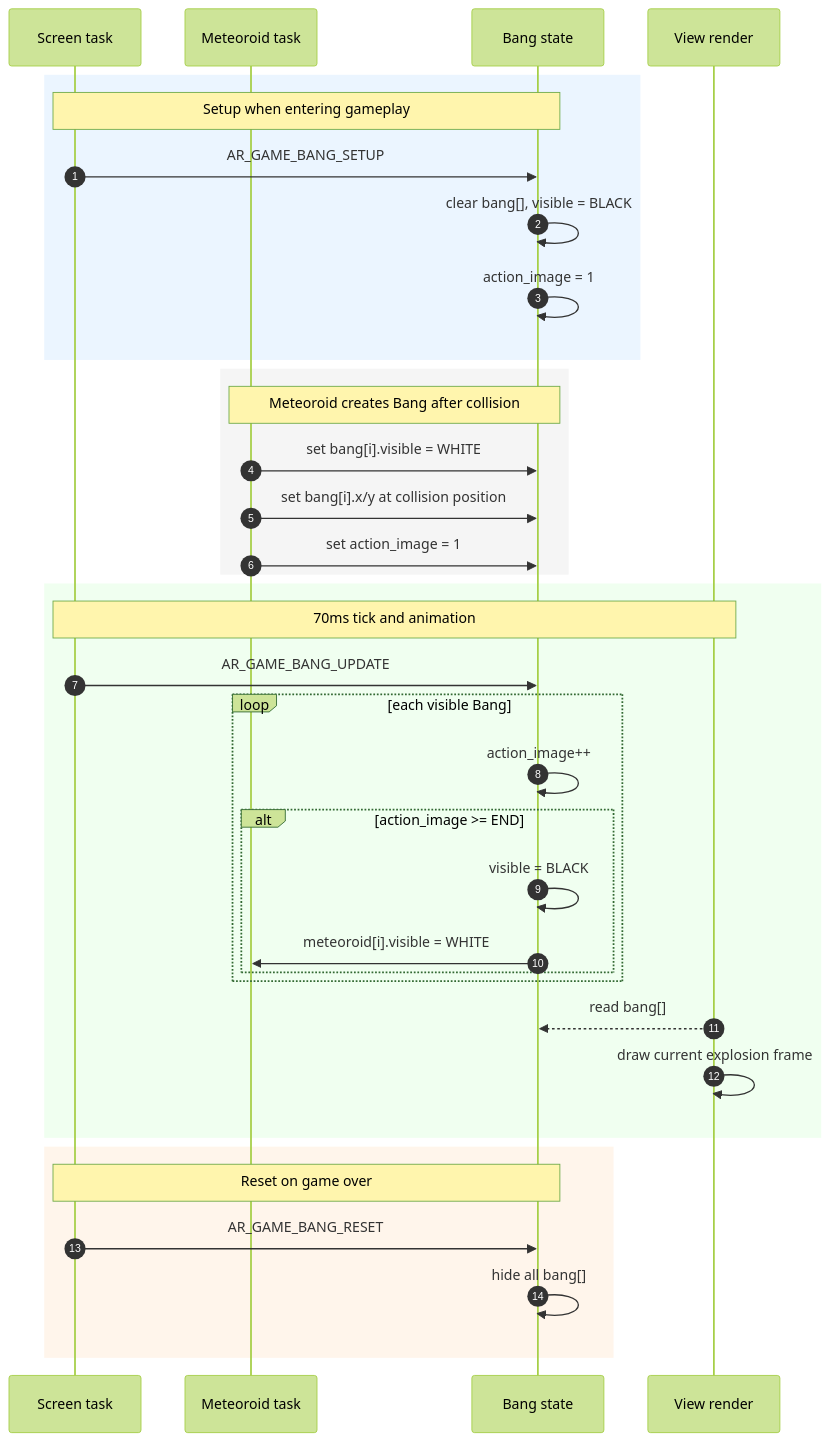
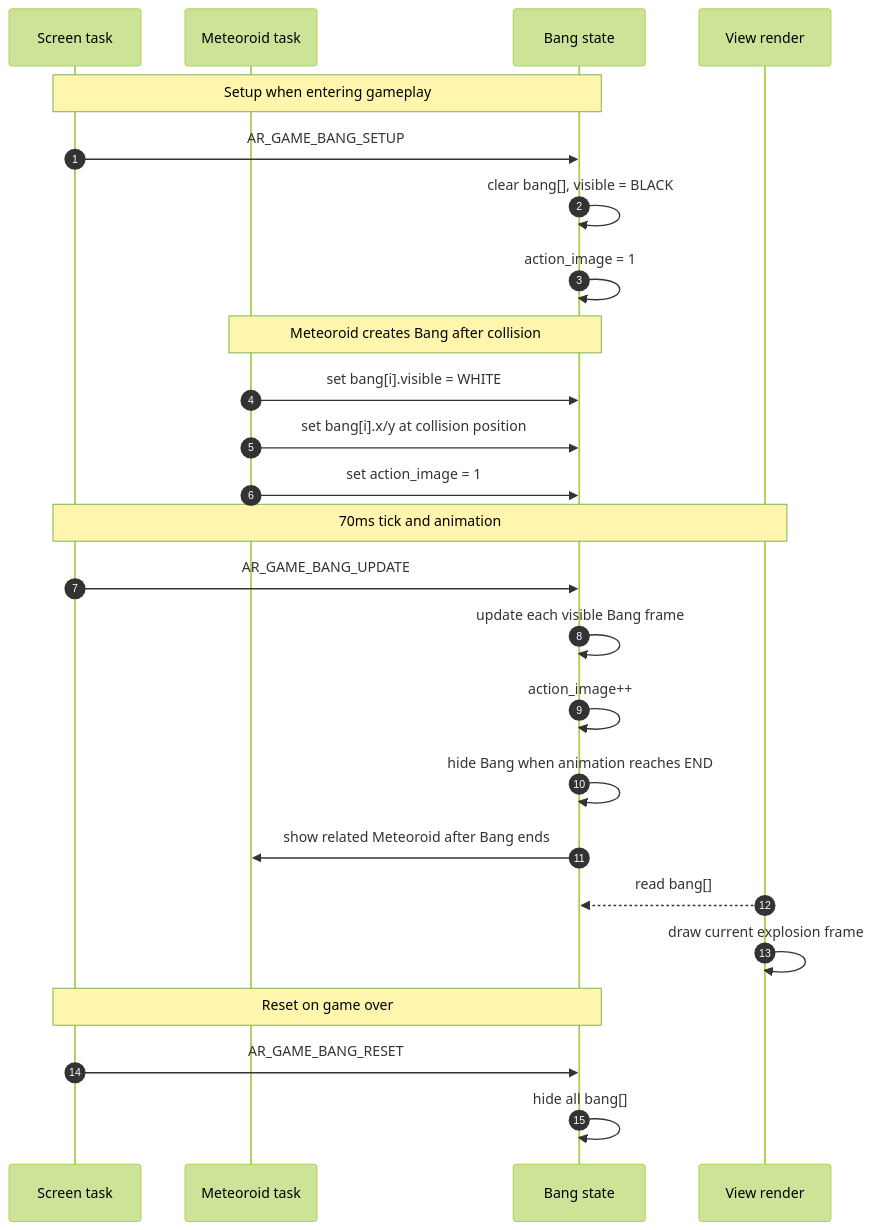
Before and after one commit to QuocBuu/archery_game: the fourth of 7 diagrams in README.md, drawn with Mermaid (forest theme). The commit also changed other lines of this file and 1 other file, not shown here.

````diff
--- a/README.md
+++ b/README.md
@@ -351,42 +322,31 @@
 ```mermaid
 sequenceDiagram
     autonumber
     participant Scr as Screen task
     participant M as Meteoroid task
     participant B as Bang state
     participant View as View render
 
-    rect rgb(235, 245, 255)
-        Note over Scr,B: Setup when entering gameplay
-        Scr->>B: AR_GAME_BANG_SETUP
-        B->>B: clear bang[], visible = BLACK
-        B->>B: action_image = 1
-    end
+    Note over Scr,B: Setup when entering gameplay
+    Scr->>B: AR_GAME_BANG_SETUP
+    B->>B: clear bang[], visible = BLACK
+    B->>B: action_image = 1
 
-    rect rgb(245, 245, 245)
-        Note over M,B: Meteoroid creates Bang after collision
-        M->>B: set bang[i].visible = WHITE
-        M->>B: set bang[i].x/y at collision position
-        M->>B: set action_image = 1
-    end
+    Note over M,B: Meteoroid creates Bang after collision
+    M->>B: set bang[i].visible = WHITE
+    M->>B: set bang[i].x/y at collision position
+    M->>B: set action_image = 1
 
-    rect rgb(240, 255, 240)
-        Note over Scr,View: 70ms tick and animation
-        Scr->>B: AR_GAME_BANG_UPDATE
-        loop each visible Bang
-            B->>B: action_image++
-            alt action_image >= END
-                B->>B: visible = BLACK
-                B->>M: meteoroid[i].visible = WHITE
-            end
-        end
-        View-->>B: read bang[]
-        View->>View: draw current explosion frame
-    end
+    Note over Scr,View: 70ms tick and animation
+    Scr->>B: AR_GAME_BANG_UPDATE
+    B->>B: update each visible Bang frame
+    B->>B: action_image++
+    B->>B: hide Bang when animation reaches END
+    B->>M: show related Meteoroid after Bang ends
+    View-->>B: read bang[]
+    View->>View: draw current explosion frame
 
-    rect rgb(255, 245, 235)
-        Note over Scr,B: Reset on game over
-        Scr->>B: AR_GAME_BANG_RESET
-        B->>B: hide all bang[]
-    end
+    Note over Scr,B: Reset on game over
+    Scr->>B: AR_GAME_BANG_RESET
+    B->>B: hide all bang[]
 ```
````
